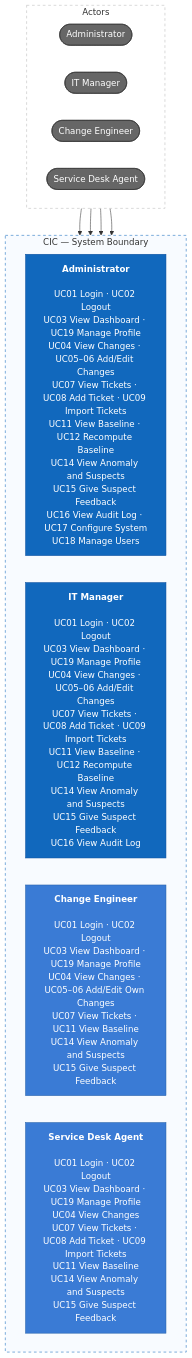
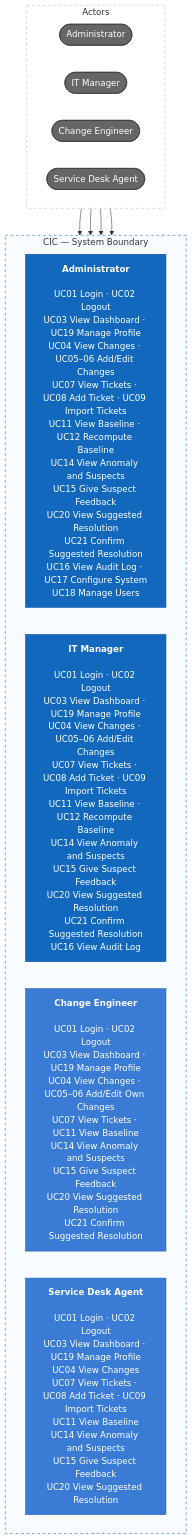
One commit to DuykoNgu/practise changed the first of 3 diagrams in README.md. Above: the diagram before and after it, drawn with Mermaid. The commit also changed other lines of this file and 5 other files, not shown here.

First line of the commit message:
Add F12 suggested resolution: scope, features, use cases, stories, IA

````diff
--- a/README.md
+++ b/README.md
@@ -46,32 +47,32 @@
 ```mermaid
 flowchart TB
     subgraph roles["Actors"]
         direction LR
         admin(["Administrator"])
         manager(["IT Manager"])
         engineer(["Change Engineer"])
         agent(["Service Desk Agent"])
     end
 
     subgraph system["CIC — System Boundary"]
         direction LR
-        adminCases["<b>Administrator</b><br/><br/>UC01 Login · UC02 Logout<br/>UC03 View Dashboard · UC19 Manage Profile<br/>UC04 View Changes · UC05–06 Add/Edit Changes<br/>UC07 View Tickets · UC08 Add Ticket · UC09 Import Tickets<br/>UC11 View Baseline · UC12 Recompute Baseline<br/>UC14 View Anomaly and Suspects<br/>UC15 Give Suspect Feedback<br/>UC16 View Audit Log · UC17 Configure System<br/>UC18 Manage Users"]
-        managerCases["<b>IT Manager</b><br/><br/>UC01 Login · UC02 Logout<br/>UC03 View Dashboard · UC19 Manage Profile<br/>UC04 View Changes · UC05–06 Add/Edit Changes<br/>UC07 View Tickets · UC08 Add Ticket · UC09 Import Tickets<br/>UC11 View Baseline · UC12 Recompute Baseline<br/>UC14 View Anomaly and Suspects<br/>UC15 Give Suspect Feedback<br/>UC16 View Audit Log"]
-        engineerCases["<b>Change Engineer</b><br/><br/>UC01 Login · UC02 Logout<br/>UC03 View Dashboard · UC19 Manage Profile<br/>UC04 View Changes · UC05–06 Add/Edit Own Changes<br/>UC07 View Tickets · UC11 View Baseline<br/>UC14 View Anomaly and Suspects<br/>UC15 Give Suspect Feedback"]
-        agentCases["<b>Service Desk Agent</b><br/><br/>UC01 Login · UC02 Logout<br/>UC03 View Dashboard · UC19 Manage Profile<br/>UC04 View Changes<br/>UC07 View Tickets · UC08 Add Ticket · UC09 Import Tickets<br/>UC11 View Baseline<br/>UC14 View Anomaly and Suspects<br/>UC15 Give Suspect Feedback"]
+        adminCases["<b>Administrator</b><br/><br/>UC01 Login · UC02 Logout<br/>UC03 View Dashboard · UC19 Manage Profile<br/>UC04 View Changes · UC05–06 Add/Edit Changes<br/>UC07 View Tickets · UC08 Add Ticket · UC09 Import Tickets<br/>UC11 View Baseline · UC12 Recompute Baseline<br/>UC14 View Anomaly and Suspects<br/>UC15 Give Suspect Feedback<br/>UC20 View Suggested Resolution<br/>UC21 Confirm Suggested Resolution<br/>UC16 View Audit Log · UC17 Configure System<br/>UC18 Manage Users"]
+        managerCases["<b>IT Manager</b><br/><br/>UC01 Login · UC02 Logout<br/>UC03 View Dashboard · UC19 Manage Profile<br/>UC04 View Changes · UC05–06 Add/Edit Changes<br/>UC07 View Tickets · UC08 Add Ticket · UC09 Import Tickets<br/>UC11 View Baseline · UC12 Recompute Baseline<br/>UC14 View Anomaly and Suspects<br/>UC15 Give Suspect Feedback<br/>UC20 View Suggested Resolution<br/>UC21 Confirm Suggested Resolution<br/>UC16 View Audit Log"]
+        engineerCases["<b>Change Engineer</b><br/><br/>UC01 Login · UC02 Logout<br/>UC03 View Dashboard · UC19 Manage Profile<br/>UC04 View Changes · UC05–06 Add/Edit Own Changes<br/>UC07 View Tickets · UC11 View Baseline<br/>UC14 View Anomaly and Suspects<br/>UC15 Give Suspect Feedback<br/>UC20 View Suggested Resolution<br/>UC21 Confirm Suggested Resolution"]
+        agentCases["<b>Service Desk Agent</b><br/><br/>UC01 Login · UC02 Logout<br/>UC03 View Dashboard · UC19 Manage Profile<br/>UC04 View Changes<br/>UC07 View Tickets · UC08 Add Ticket · UC09 Import Tickets<br/>UC11 View Baseline<br/>UC14 View Anomaly and Suspects<br/>UC15 Give Suspect Feedback<br/>UC20 View Suggested Resolution"]
     end
 
     admin --> adminCases
     manager --> managerCases
     engineer --> engineerCases
     agent --> agentCases
 
     classDef actor fill:#666,color:#fff,stroke:#333
     classDef primary fill:#1168bd,color:#fff,stroke:#0b4f9e
     classDef standard fill:#3a7bd5,color:#fff,stroke:#245fa8
     class admin,manager,engineer,agent actor
     class adminCases,managerCases primary
     class engineerCases,agentCases standard
     style roles fill:#fff,stroke:#bbb,stroke-dasharray:5 5
     style system fill:#f8fbff,stroke:#1168bd,stroke-dasharray:5 5
 ```
````
